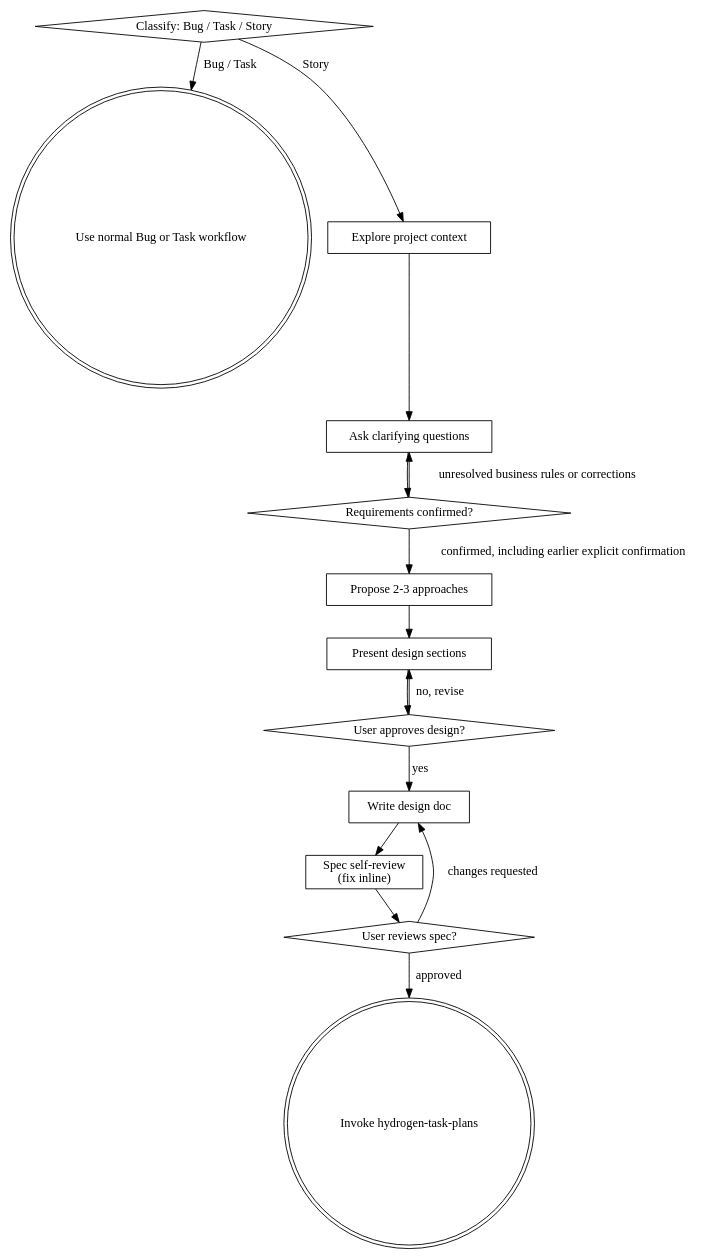
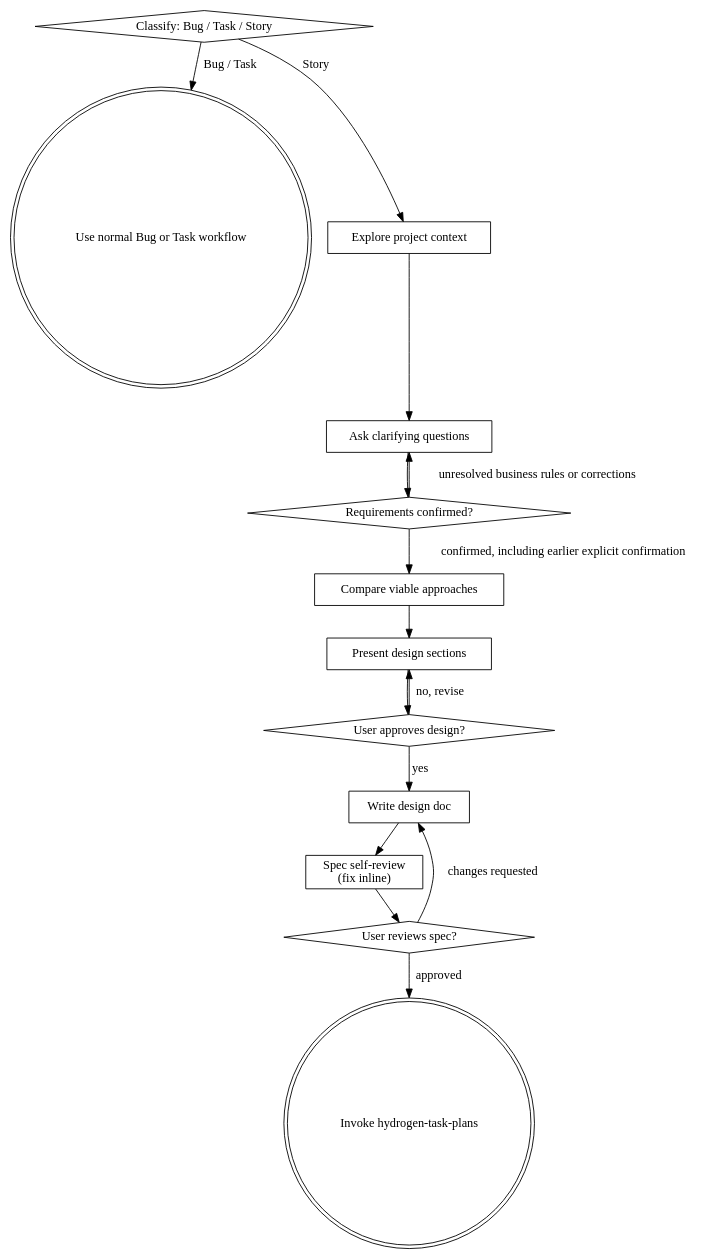
Before and after one commit to cruise-young/hydrogen-developer: the diagram in references/hydrogen-brainstorming/SKILL.md, drawn with Graphviz. The commit also changed other lines of this file and 8 other files, not shown here.

````diff
--- a/references/hydrogen-brainstorming/SKILL.md
+++ b/references/hydrogen-brainstorming/SKILL.md
@@ -151,31 +164,31 @@
 ```dot
 digraph brainstorming {
     "Classify: Bug / Task / Story" [shape=diamond];
     "Use normal Bug or Task workflow" [shape=doublecircle];
     "Explore project context" [shape=box];
     "Ask clarifying questions" [shape=box];
     "Requirements confirmed?" [shape=diamond];
-    "Propose 2-3 approaches" [shape=box];
+    "Compare viable approaches" [shape=box];
     "Present design sections" [shape=box];
     "User approves design?" [shape=diamond];
     "Write design doc" [shape=box];
     "Spec self-review\n(fix inline)" [shape=box];
     "User reviews spec?" [shape=diamond];
     "Invoke hydrogen-task-plans" [shape=doublecircle];
 
     "Classify: Bug / Task / Story" -> "Use normal Bug or Task workflow" [label="Bug / Task"];
     "Classify: Bug / Task / Story" -> "Explore project context" [label="Story"];
     "Explore project context" -> "Ask clarifying questions";
     "Ask clarifying questions" -> "Requirements confirmed?";
     "Requirements confirmed?" -> "Ask clarifying questions" [label="unresolved business rules or corrections"];
-    "Requirements confirmed?" -> "Propose 2-3 approaches" [label="confirmed, including earlier explicit confirmation"];
-    "Propose 2-3 approaches" -> "Present design sections";
+    "Requirements confirmed?" -> "Compare viable approaches" [label="confirmed, including earlier explicit confirmation"];
+    "Compare viable approaches" -> "Present design sections";
     "Present design sections" -> "User approves design?";
     "User approves design?" -> "Present design sections" [label="no, revise"];
     "User approves design?" -> "Write design doc" [label="yes"];
     "Write design doc" -> "Spec self-review\n(fix inline)";
     "Spec self-review\n(fix inline)" -> "User reviews spec?";
     "User reviews spec?" -> "Write design doc" [label="changes requested"];
     "User reviews spec?" -> "Invoke hydrogen-task-plans" [label="approved"];
 }
 ```
````
